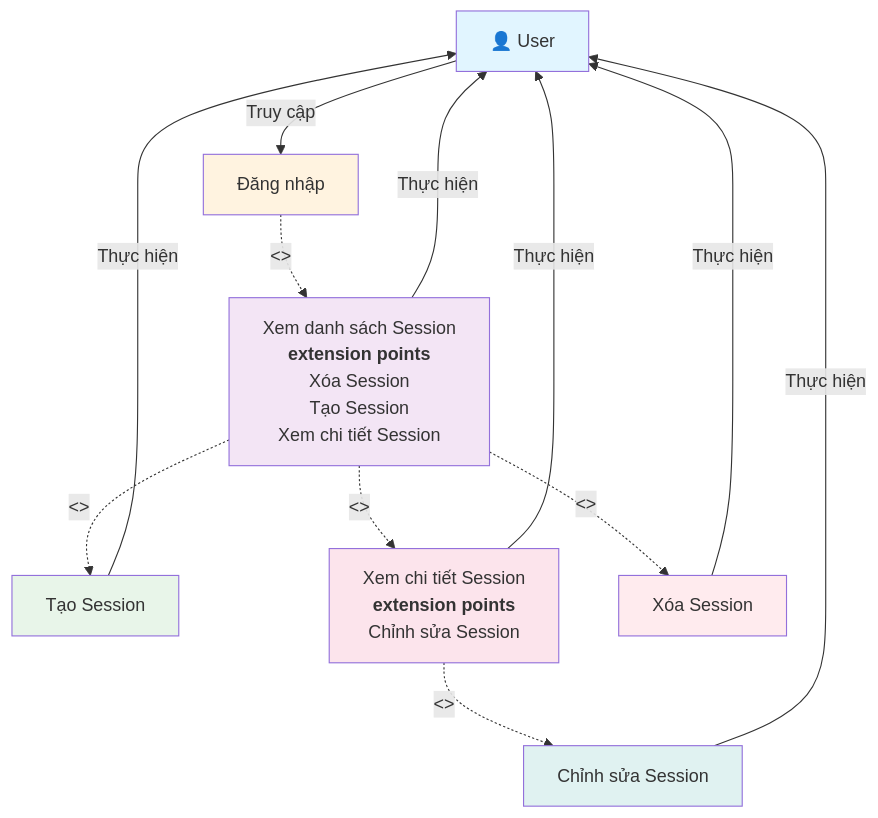
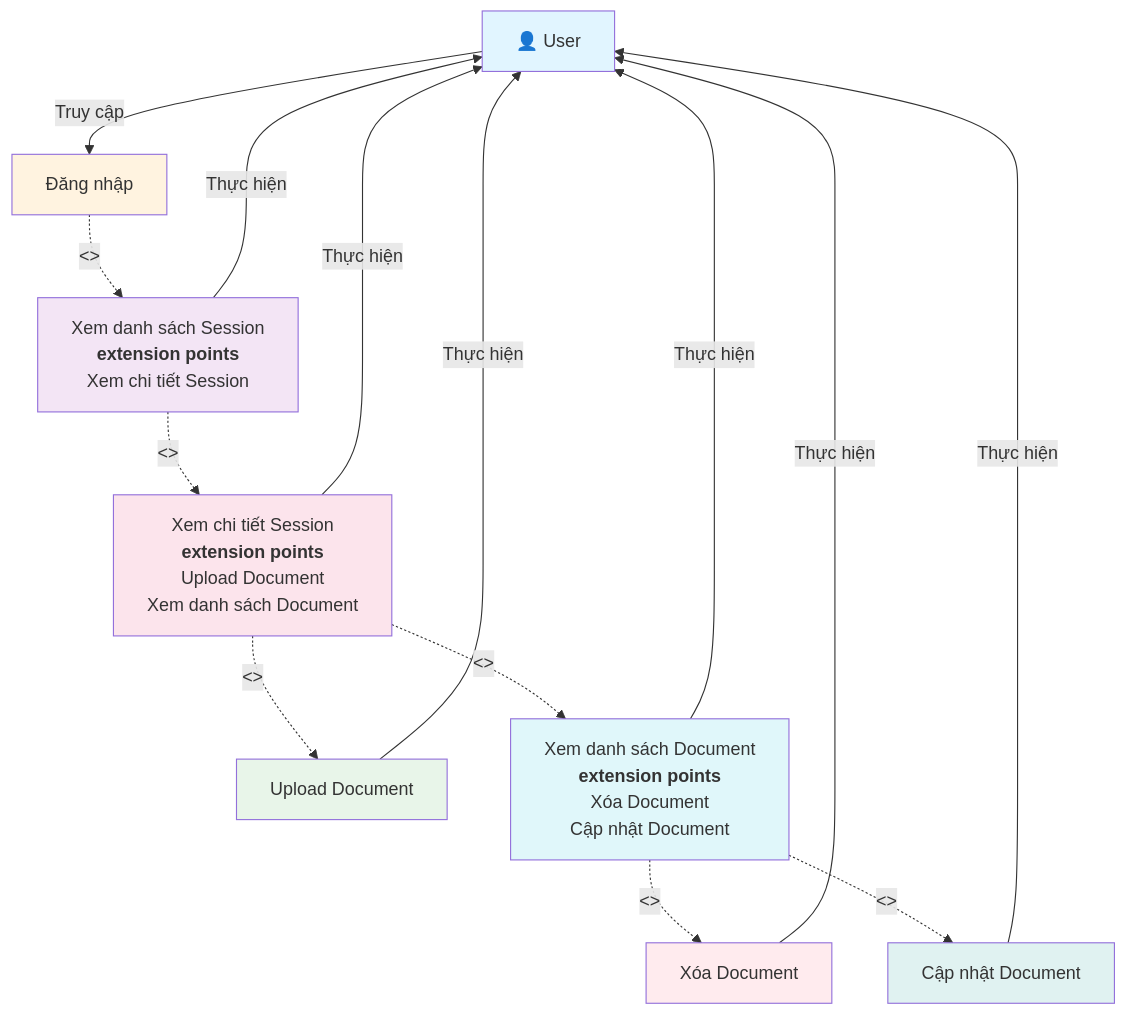
One commit to mduc-2610/gp_doc changed the diagram in session/1_session_management_usecase.md. Above: the diagram before and after it, drawn with Mermaid. The commit also changed other lines of this file and 34 other files, not shown here.

````diff
--- a/session/1_session_management_usecase.md
+++ b/session/1_session_management_usecase.md
@@ -3,35 +3,40 @@
 ```mermaid
 graph TB
     Actor["👤 User"]
     
     Login["Đăng nhập"]
-    ListSessions["Xem danh sách Session<br/><b>extension points</b><br/>Xóa Session<br/>Tạo Session<br/>Xem chi tiết Session"]
-    CreateSession["Tạo Session"]
-    ViewSessionDetail["Xem chi tiết Session<br/><b>extension points</b><br/>Chỉnh sửa Session"]
-    EditSession["Chỉnh sửa Session"]
-    DeleteSession["Xóa Session"]
+    ListSessions["Xem danh sách Session<br/><b>extension points</b><br/>Xem chi tiết Session"]
+    ViewSessionDetail["Xem chi tiết Session<br/><b>extension points</b><br/>Upload Document<br/>Xem danh sách Document"]
+    UploadDocument["Upload Document"]
+    ListDocuments["Xem danh sách Document<br/><b>extension points</b><br/>Xóa Document<br/>Cập nhật Document"]
+    DeleteDocument["Xóa Document"]
+    UpdateDocument["Cập nhật Document"]
     
     Actor -->|Truy cập| Login
     Login -.->|<<Include>>| ListSessions
     ListSessions -->|Thực hiện| Actor
     
-    ListSessions -.->|<<Extend>>| CreateSession
-    CreateSession -->|Thực hiện| Actor
-    
     ListSessions -.->|<<Extend>>| ViewSessionDetail
     ViewSessionDetail -->|Thực hiện| Actor
     
-    ViewSessionDetail -.->|<<Extend>>| EditSession
-    EditSession -->|Thực hiện| Actor
+    ViewSessionDetail -.->|<<Extend>>| UploadDocument
+    UploadDocument -->|Thực hiện| Actor
     
-    ListSessions -.->|<<Extend>>| DeleteSession
-    DeleteSession -->|Thực hiện| Actor
+    ViewSessionDetail -.->|<<Extend>>| ListDocuments
+    ListDocuments -->|Thực hiện| Actor
+    
+    ListDocuments -.->|<<Extend>>| DeleteDocument
+    DeleteDocument -->|Thực hiện| Actor
+    
+    ListDocuments -.->|<<Extend>>| UpdateDocument
+    UpdateDocument -->|Thực hiện| Actor
     
     style Actor fill:#e1f5ff
     style Login fill:#fff3e0
     style ListSessions fill:#f3e5f5
-    style CreateSession fill:#e8f5e9
     style ViewSessionDetail fill:#fce4ec
-    style EditSession fill:#e0f2f1
-    style DeleteSession fill:#ffebee
+    style UploadDocument fill:#e8f5e9
+    style ListDocuments fill:#e0f7fa
+    style DeleteDocument fill:#ffebee
+    style UpdateDocument fill:#e0f2f1
 ```
````
